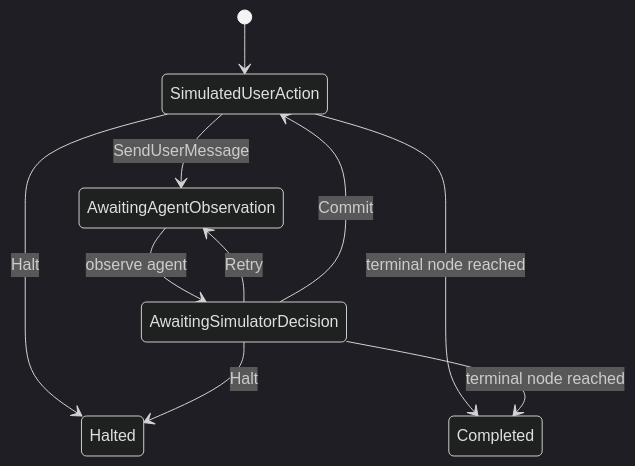
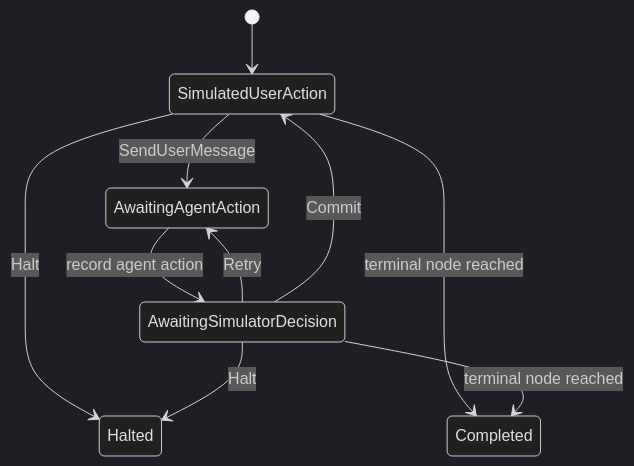
The third of 4 diagrams in lite-agent-eval/doc/eval-framework.md (Gujiawei-Edinburgh/canary-agent), drawn with Mermaid (dark theme) before and after one commit. The commit also changed other lines of this file and 11 other files, not shown here.

````diff
--- a/lite-agent-eval/doc/eval-framework.md
+++ b/lite-agent-eval/doc/eval-framework.md
@@ -208,12 +225,12 @@
 ```mermaid
 stateDiagram-v2
     [*] --> SimulatedUserAction
-    SimulatedUserAction --> AwaitingAgentObservation: SendUserMessage
-    AwaitingAgentObservation --> AwaitingSimulatorDecision: observe agent
-    AwaitingSimulatorDecision --> AwaitingAgentObservation: Retry
+    SimulatedUserAction --> AwaitingAgentAction: SendUserMessage
+    AwaitingAgentAction --> AwaitingSimulatorDecision: record agent action
+    AwaitingSimulatorDecision --> AwaitingAgentAction: Retry
     AwaitingSimulatorDecision --> SimulatedUserAction: Commit
     SimulatedUserAction --> Halted: Halt
     AwaitingSimulatorDecision --> Halted: Halt
     SimulatedUserAction --> Completed: terminal node reached
     AwaitingSimulatorDecision --> Completed: terminal node reached
 ```
````
